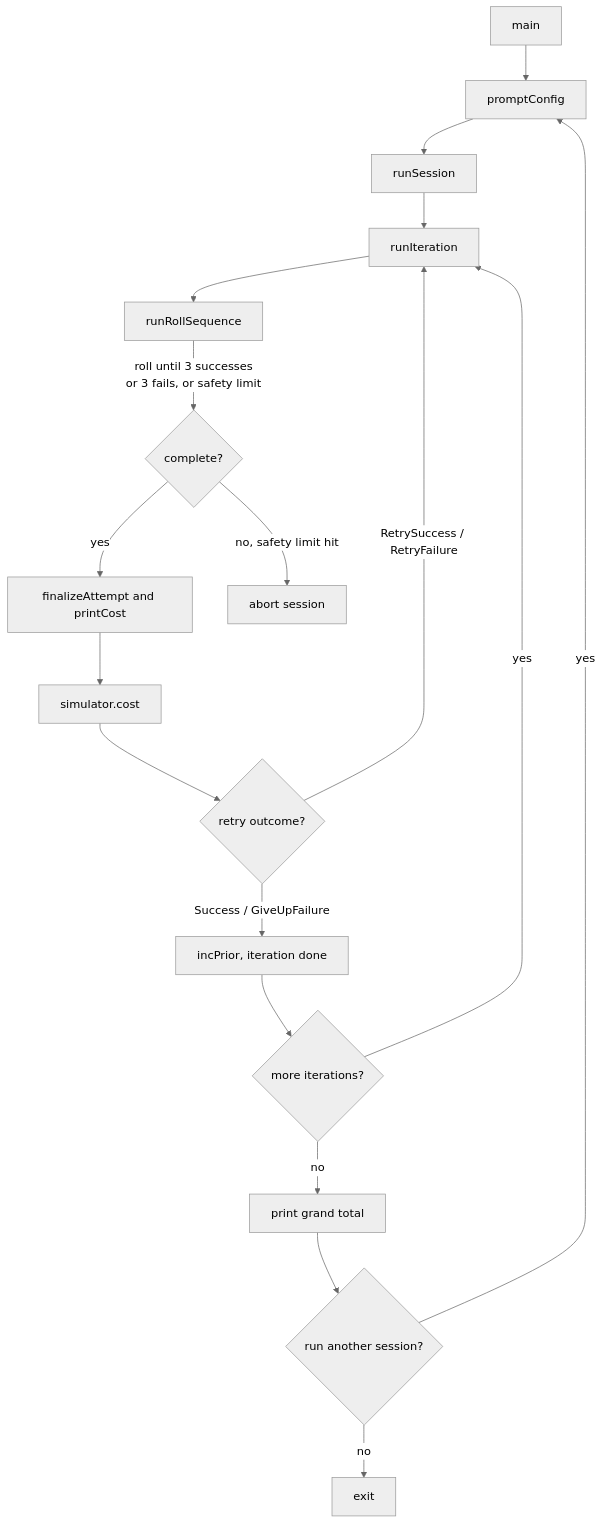
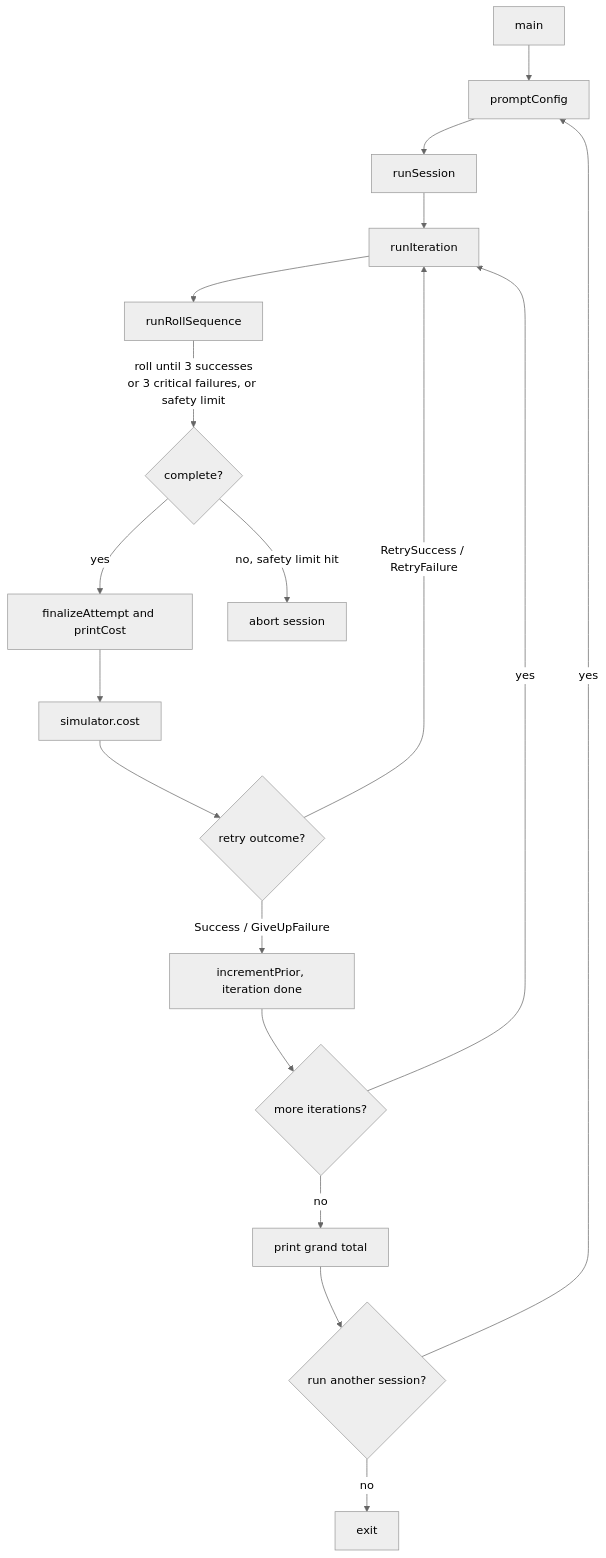
The diagram in docs/DEVELOPER_GUIDE.md (VeryPoly/cap-rnd), drawn with Mermaid (neutral theme) before and after one commit. The commit also changed other lines of this file and 10 other files, not shown here.

First line of the commit message:
Simplify simulation flow and consolidate tests and release setup (#32)

````diff
--- a/docs/DEVELOPER_GUIDE.md
+++ b/docs/DEVELOPER_GUIDE.md
@@ -29,20 +29,20 @@
 ```mermaid
 flowchart TD
     A[main] --> B[promptConfig]
     B --> C[runSession]
     C --> D[runIteration]
     D --> E[runRollSequence]
-    E -->|roll until 3 successes<br/>or 3 fails, or safety limit| F{complete?}
+    E -->|roll until 3 successes<br/>or 3 critical failures, or safety limit| F{complete?}
     F -->|yes| G[finalizeAttempt and printCost]
     F -->|no, safety limit hit| H[abort session]
     G --> I[simulator.cost]
     I --> J{retry outcome?}
     J -->|RetrySuccess / RetryFailure| D
-    J -->|Success / GiveUpFailure| K[incPrior, iteration done]
+    J -->|Success / GiveUpFailure| K[incrementPrior, iteration done]
     K --> L{more iterations?}
     L -->|yes| D
     L -->|no| M[print grand total]
     M --> N{run another session?}
     N -->|yes| B
     N -->|no| O[exit]
 ```
````
